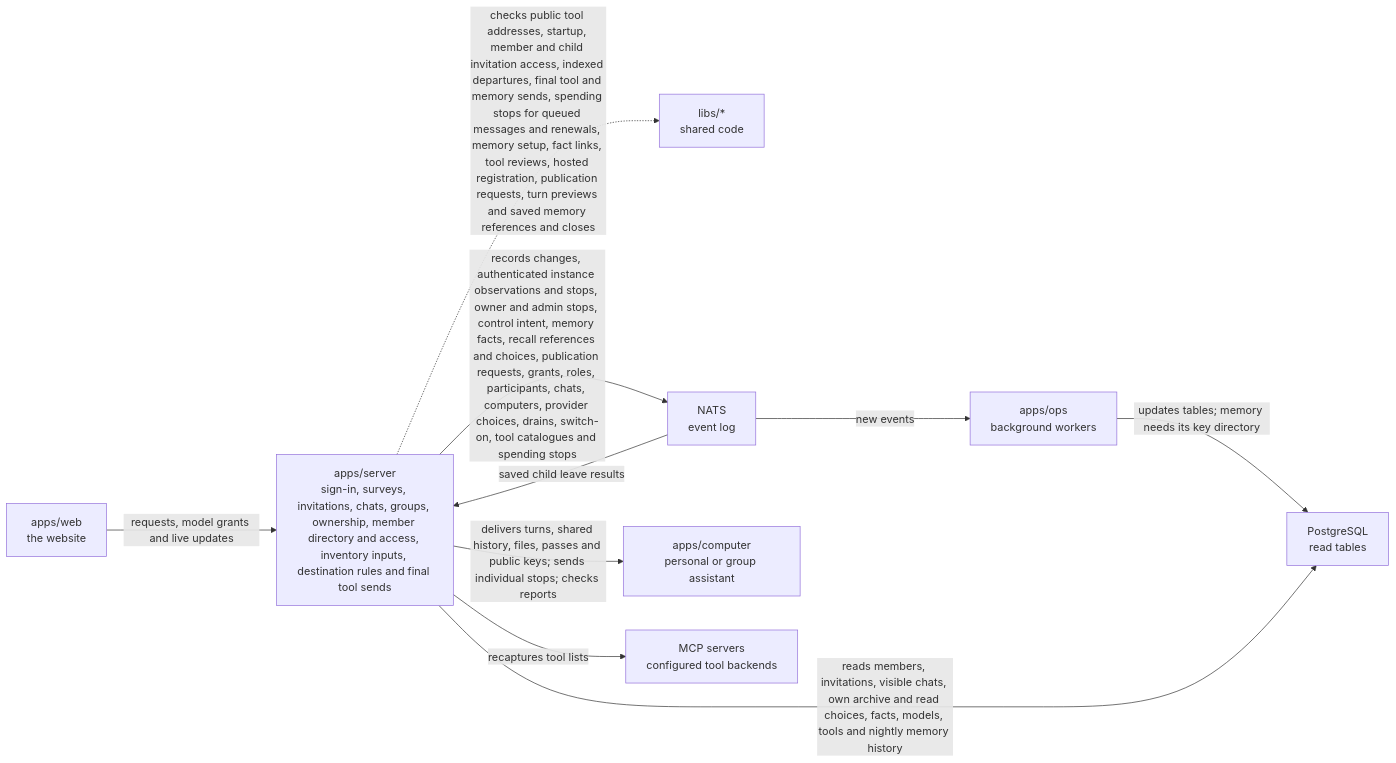
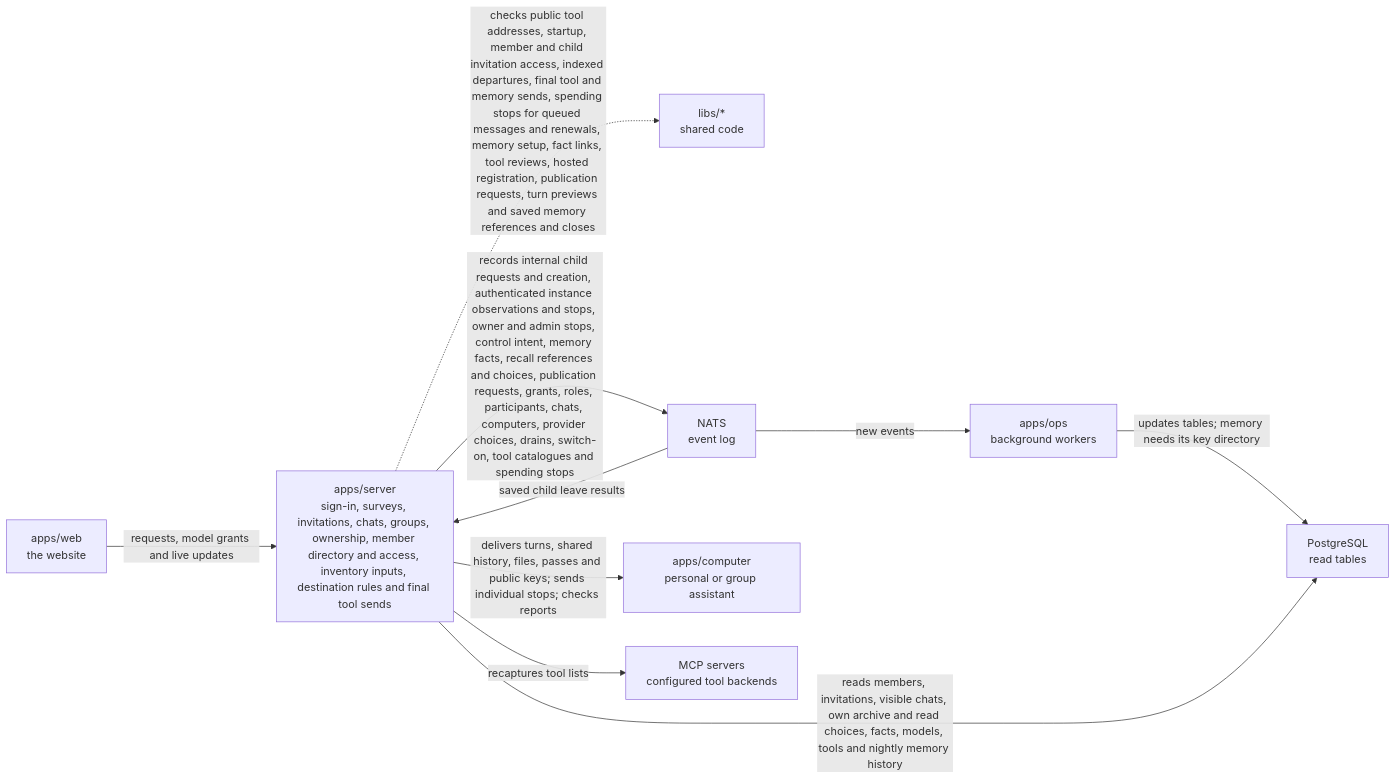
One commit to elewa-git/opencrane-new changed the diagram in apps/server/README.md. Above: the diagram before and after it, drawn with Mermaid. The commit also changed other lines of this file and 15 other files, not shown here.

Commit message:
🧵 Review and record child requests before creating their chats

````diff
--- a/apps/server/README.md
+++ b/apps/server/README.md
@@ -11,12 +11,12 @@
 ```mermaid
 flowchart LR
   web["apps/web<br/>the website"] -->|requests, model grants and live updates| server["apps/server<br/>sign-in, surveys, invitations, chats, groups, ownership, member directory and access, inventory inputs, destination rules and final tool sends"]
   server -.->|checks public tool addresses, startup, member and child invitation access, indexed departures, final tool and memory sends, spending stops for queued messages and renewals, memory setup, fact links, tool reviews, hosted registration, publication requests, turn previews and saved memory references and closes| libs["libs/*<br/>shared code"]
-  server -->|records changes, authenticated instance observations and stops, owner and admin stops, control intent, memory facts, recall references and choices, publication requests, grants, roles, participants, chats, computers, provider choices, drains, switch-on, tool catalogues and spending stops| nats["NATS<br/>event log"]
+  server -->|records internal child requests and creation, authenticated instance observations and stops, owner and admin stops, control intent, memory facts, recall references and choices, publication requests, grants, roles, participants, chats, computers, provider choices, drains, switch-on, tool catalogues and spending stops| nats["NATS<br/>event log"]
   nats -->|saved child leave results| server
   nats -->|new events| ops["apps/ops<br/>background workers"]
   ops -->|updates tables; memory needs its key directory| postgres["PostgreSQL<br/>read tables"]
   server -->|reads members, invitations, visible chats, own archive and read choices, facts, models, tools and nightly memory history| postgres
   server -->|delivers turns, shared history, files, passes and public keys; sends individual stops; checks reports| computer["apps/computer<br/>personal or group assistant"]
   server -->|recaptures tool lists| mcp["MCP servers<br/>configured tool backends"]
 ```
````
